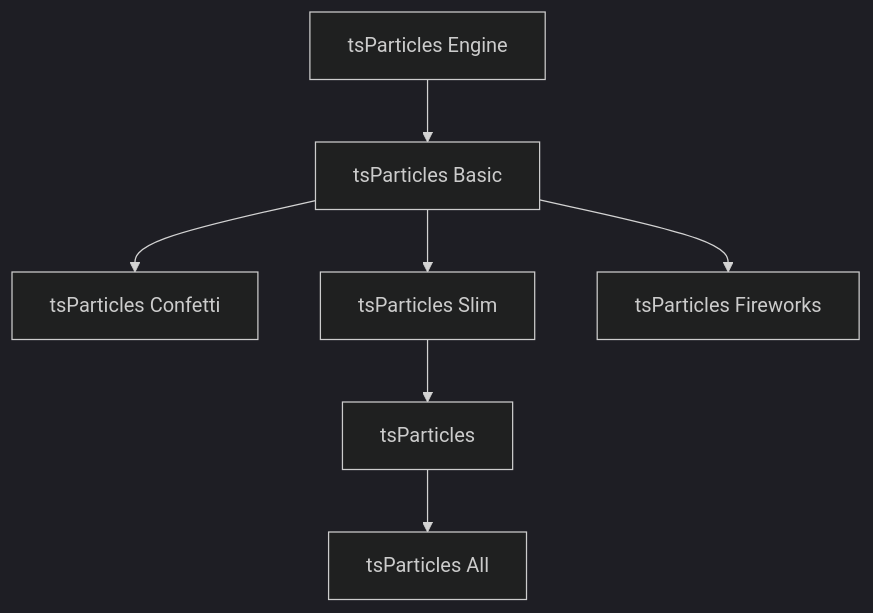
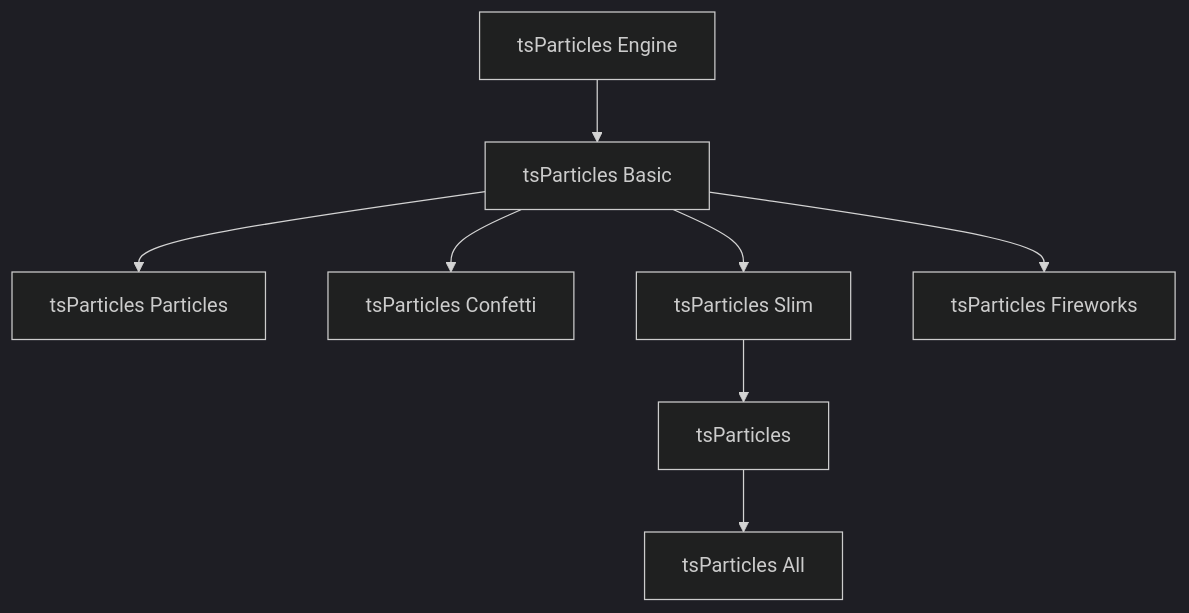
Before and after one commit to A-Archives-and-Forks/tsparticles: the diagram in websites/website/docs/guide/dependency-graph.md, drawn with Mermaid (dark theme). The commit also changed other lines of this file and 44 other files, not shown here.

````diff
--- a/websites/website/docs/guide/dependency-graph.md
+++ b/websites/website/docs/guide/dependency-graph.md
@@ -11,9 +11,10 @@
 ```mermaid
 flowchart TD
   engine[tsParticles Engine] --> basic[tsParticles Basic]
+  basic --> particles[tsParticles Particles]
   basic --> confetti[tsParticles Confetti]
   basic --> slim[tsParticles Slim]
   basic --> fireworks[tsParticles Fireworks]
   slim --> full[tsParticles]
   full --> all[tsParticles All]
 ```
````
